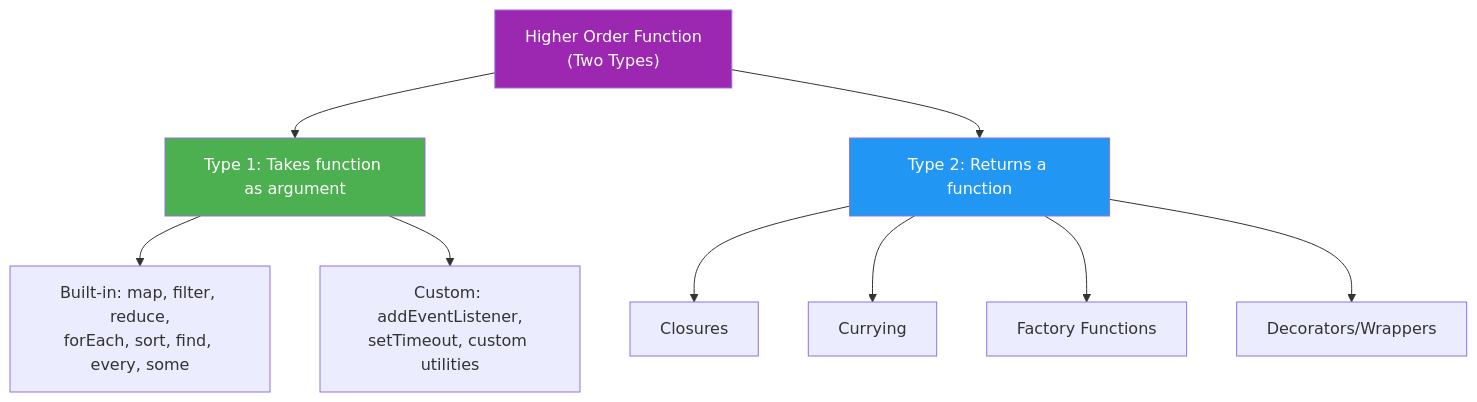
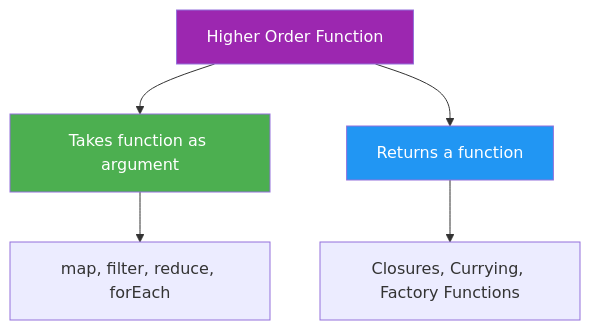
Before and after one commit to Kshitijgul/Notes: the eighth of 30 diagrams in Javascript/Chapter5_Functions.md, drawn with Mermaid. The commit also changed other lines of this file and 1 other file, not shown here.

````diff
--- a/Javascript/Chapter5_Functions.md
+++ b/Javascript/Chapter5_Functions.md
@@ -1671,17 +718,12 @@
 ```mermaid
 flowchart TD
-    A["Higher Order Function<br>(Two Types)"] --> B["Type 1: Takes function as argument"]
-    A --> C["Type 2: Returns a function"]
-    
-    B --> D["Built-in: map, filter, reduce,<br>forEach, sort, find, every, some"]
-    B --> E["Custom: addEventListener,<br>setTimeout, custom utilities"]
-    
-    C --> F["Closures"]
-    C --> G["Currying"]
-    C --> H["Factory Functions"]
-    C --> I["Decorators/Wrappers"]
-    
+    A["Higher Order Function"] --> B["Takes function as argument"]
+    A --> C["Returns a function"]
+
+    B --> D["map, filter, reduce, forEach"]
+    C --> E["Closures, Currying, Factory Functions"]
+
     style A fill:#9C27B0,color:white
     style B fill:#4CAF50,color:white
     style C fill:#2196F3,color:white
 ```
````
